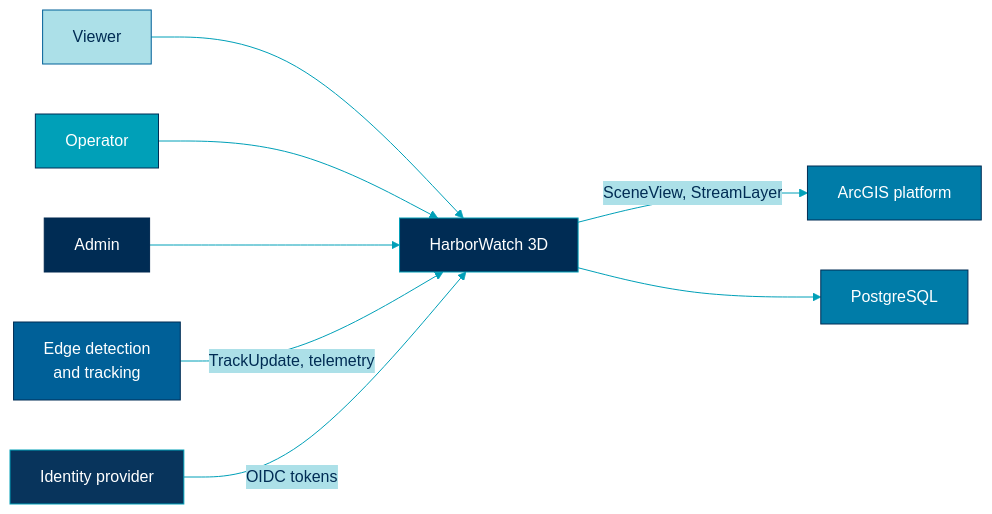
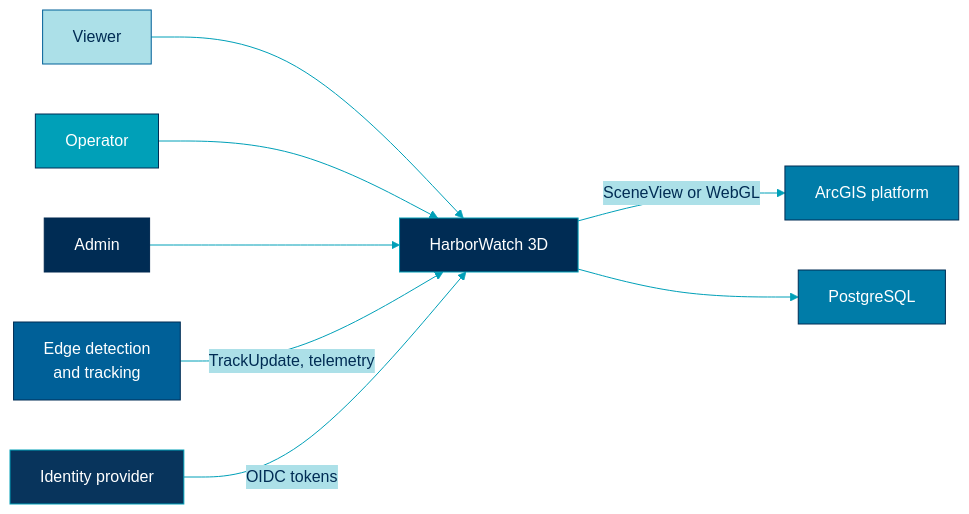
One commit to aurelius-in/harborwatch-3d changed the diagram in docs/architecture/context.md. Above: the diagram before and after it, drawn with Mermaid. The commit also changed other lines of this file and 55 other files, not shown here.

````diff
--- a/docs/architecture/context.md
+++ b/docs/architecture/context.md
@@ -47,39 +47,39 @@
 ```mermaid
 %%{init: {
   "theme": "base",
   "themeVariables": {
     "primaryColor": "#E8F8F8",
     "primaryTextColor": "#002C54",
     "primaryBorderColor": "#006098",
     "lineColor": "#00A0B8",
     "secondaryColor": "#ACE0E8",
     "tertiaryColor": "#FFFFFF"
   }
 }}%%
 flowchart LR
   viewer["Viewer"]
   operator["Operator"]
   admin["Admin"]
   hw["HarborWatch 3D"]
   edge["Edge detection<br/>and tracking"]
   gis["ArcGIS platform"]
   idp["Identity provider"]
   db["PostgreSQL"]
 
   viewer --> hw
   operator --> hw
   admin --> hw
   edge -->|"TrackUpdate, telemetry"| hw
-  hw -->|"SceneView, StreamLayer"| gis
+  hw -->|"SceneView or WebGL"| gis
   idp -->|"OIDC tokens"| hw
   hw --> db
 
   style viewer fill:#ACE0E8,stroke:#006098,color:#002C54
   style operator fill:#00A0B8,stroke:#002C54,color:#FFFFFF
   style admin fill:#002C54,stroke:#002850,color:#FFFFFF
   style hw fill:#002C54,stroke:#00A0B8,color:#FFFFFF
   style edge fill:#006098,stroke:#002C54,color:#FFFFFF
   style gis fill:#007CA8,stroke:#002C54,color:#FFFFFF
   style idp fill:#08345C,stroke:#00A0B8,color:#FFFFFF
   style db fill:#007CA8,stroke:#002C54,color:#FFFFFF
 ```
````
